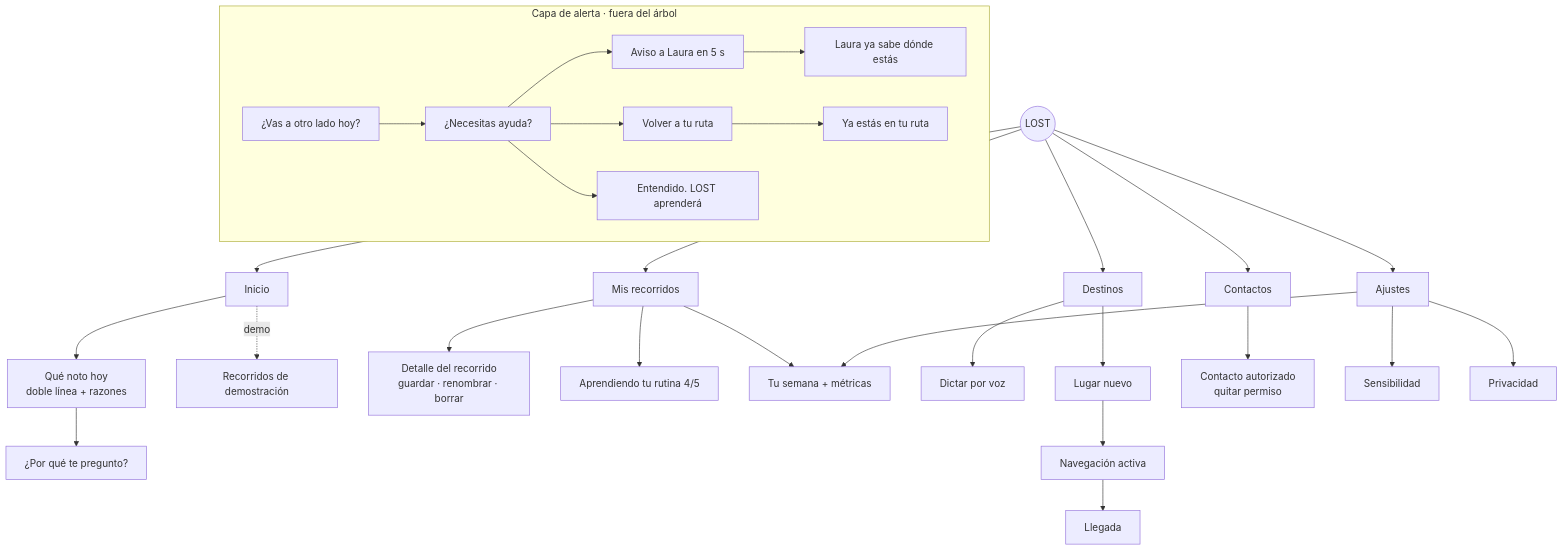
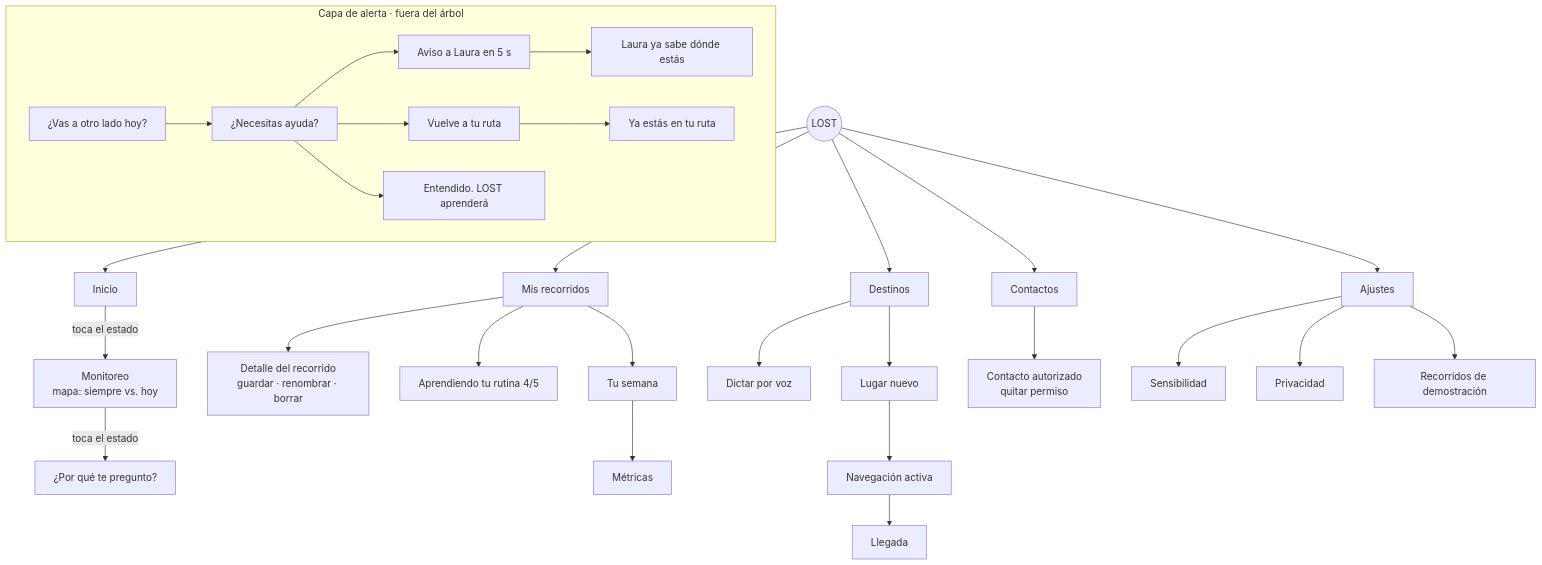
The diagram in docs/ia/arquitectura-informacion.md (ReveloSN/LOST-smartwatch), drawn with Mermaid before and after one commit. The commit also changed other lines of this file and 2 other files, not shown here.

Commit message:
docs(contenido): registrar textos simplificados y la nueva navegación
Glosario de voz con las reglas de longitud y la tabla antes/después; diagrama de arquitectura de información con el chip de estado como puerta al detalle y Métricas como segundo nivel. Se quita un import sin uso en Lugar nuevo.

````diff
--- a/docs/ia/arquitectura-informacion.md
+++ b/docs/ia/arquitectura-informacion.md
@@ -7,32 +7,31 @@
 ```mermaid
 flowchart TD
     LOST((LOST)) --> HOME[Inicio]
     LOST --> ROUTINES[Mis recorridos]
     LOST --> DEST[Destinos]
     LOST --> CONTACTS[Contactos]
     LOST --> SETTINGS[Ajustes]
 
-    HOME --> MON[Qué noto hoy<br/>doble línea + razones]
-    MON --> WHY[¿Por qué te pregunto?]
-    HOME -. demo .-> DEMO[Recorridos de demostración]
+    HOME -- toca el estado --> MON[Monitoreo<br/>mapa: siempre vs. hoy]
+    MON -- toca el estado --> WHY[¿Por qué te pregunto?]
 
     ROUTINES --> DETAIL[Detalle del recorrido<br/>guardar · renombrar · borrar]
     ROUTINES --> LEARN[Aprendiendo tu rutina 4/5]
-    ROUTINES --> WEEK[Tu semana + métricas]
+    ROUTINES --> WEEK[Tu semana] --> METRICS[Métricas]
 
     DEST --> VOICE[Dictar por voz]
     DEST --> NEWPLACE[Lugar nuevo] --> GUIDE[Navegación activa] --> ARRIVAL[Llegada]
 
     CONTACTS --> CONTACT[Contacto autorizado<br/>quitar permiso]
 
     SETTINGS --> SENS[Sensibilidad]
     SETTINGS --> PRIV[Privacidad]
-    SETTINGS --> WEEK
+    SETTINGS --> DEMO[Recorridos de demostración]
 
     subgraph ALERTA [Capa de alerta · fuera del árbol]
-        SOFT[¿Vas a otro lado hoy?] --> ASK[¿Necesitas ayuda?] --> GUIDING[Volver a tu ruta]
+        SOFT[¿Vas a otro lado hoy?] --> ASK[¿Necesitas ayuda?] --> GUIDING[Vuelve a tu ruta]
         ASK --> COUNT[Aviso a Laura en 5 s] --> SHARED[Laura ya sabe dónde estás]
         ASK --> ACK[Entendido. LOST aprenderá]
         GUIDING --> BACK[Ya estás en tu ruta]
     end
 ```
````
